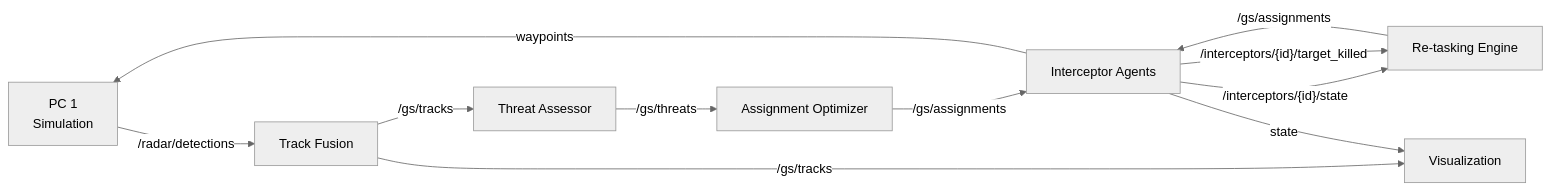
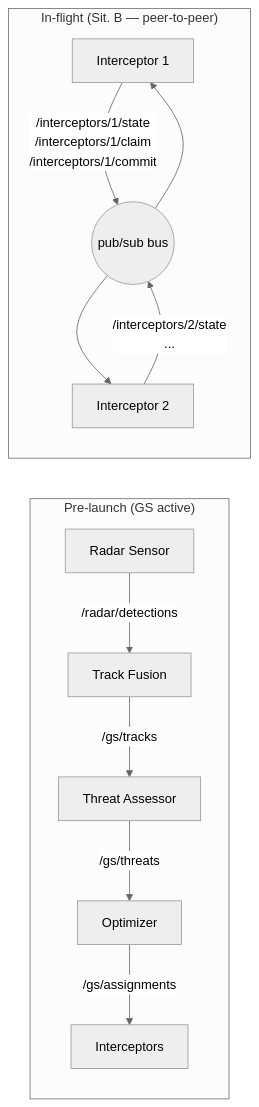
The second of 4 diagrams in docs/architecture.md (marcellobardus/EDTH_Paris), drawn with Mermaid (neutral theme) before and after one commit. The commit also changed other lines of this file and 1 other file, not shown here.

````diff
--- a/docs/architecture.md
+++ b/docs/architecture.md
@@ -49,13 +53,16 @@
 ```mermaid
 graph LR
-    SIM["PC 1\nSimulation"] -->|"/radar/detections"| TF[Track Fusion]
-    TF -->|"/gs/tracks"| TA[Threat Assessor]
-    TF -->|"/gs/tracks"| VIZ[Visualization]
-    TA -->|"/gs/threats"| AO[Assignment Optimizer]
-    AO -->|"/gs/assignments"| AGENTS[Interceptor Agents]
-    AGENTS -->|"/interceptors/{id}/state"| RE[Re-tasking Engine]
-    AGENTS -->|"/interceptors/{id}/target_killed"| RE
-    RE -->|"/gs/assignments"| AGENTS
-    AGENTS -->|waypoints| SIM
-    AGENTS -->|state| VIZ
+    subgraph PreLaunch["Pre-launch (GS active)"]
+        SM[Radar Sensor] -->|/radar/detections| TF[Track Fusion]
+        TF -->|/gs/tracks| TA[Threat Assessor]
+        TA -->|/gs/threats| AO[Optimizer]
+        AO -->|/gs/assignments| AGENTS[Interceptors]
+    end
+
+    subgraph InFlight["In-flight (Sit. B — peer-to-peer)"]
+        I1[Interceptor 1] -->|"/interceptors/1/state\n/interceptors/1/claim\n/interceptors/1/commit"| BUS((pub/sub bus))
+        I2[Interceptor 2] -->|"/interceptors/2/state\n..."| BUS
+        BUS --> I1
+        BUS --> I2
+    end
 ```
````
